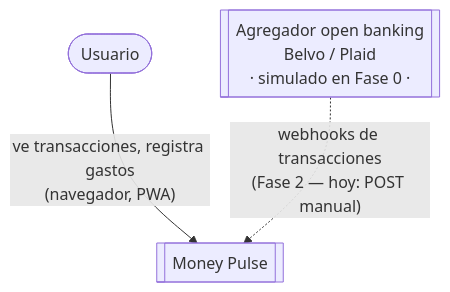
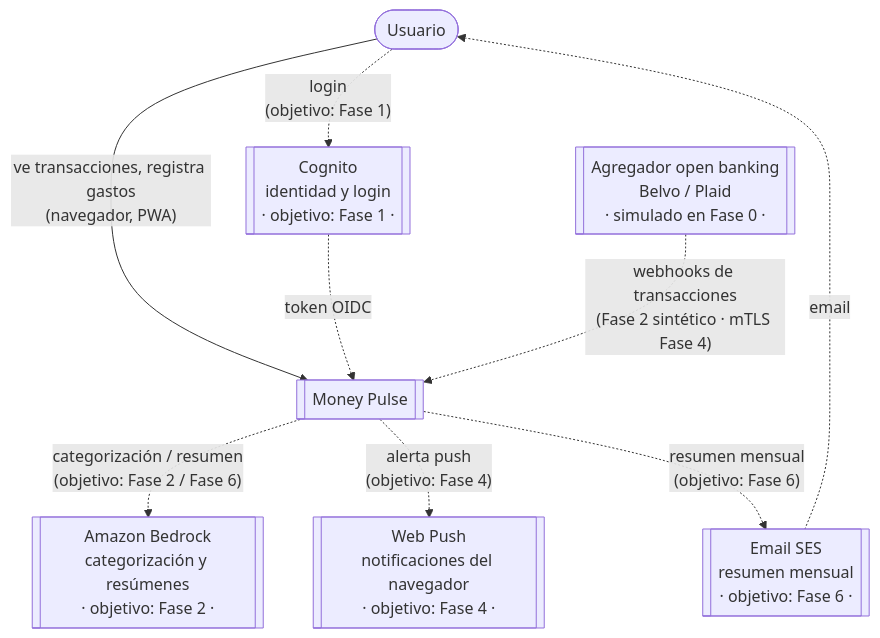
One commit to diego1-avendano3/money-pulse changed the diagram in docs/architecture/c4-context.md. Above: the diagram before and after it, drawn with Mermaid. The commit also changed other lines of this file and 6 other files, not shown here.

First line of the commit message:
docs: target architecture, Bedrock network fix and new AWS practice features

````diff
--- a/docs/architecture/c4-context.md
+++ b/docs/architecture/c4-context.md
@@ -8,9 +8,19 @@
 ```mermaid
 flowchart TB
     user([Usuario])
     moneypulse[[Money Pulse]]
     aggregator[[Agregador open banking<br/>Belvo / Plaid<br/>· simulado en Fase 0 ·]]
+    cognito[[Cognito<br/>identidad y login<br/>· objetivo: Fase 1 ·]]
+    bedrock[[Amazon Bedrock<br/>categorización y resúmenes<br/>· objetivo: Fase 2 ·]]
+    webpush[[Web Push<br/>notificaciones del navegador<br/>· objetivo: Fase 4 ·]]
+    ses[[Email SES<br/>resumen mensual<br/>· objetivo: Fase 6 ·]]
 
     user -- "ve transacciones, registra gastos<br/>(navegador, PWA)" --> moneypulse
-    aggregator -. "webhooks de transacciones<br/>(Fase 2 — hoy: POST manual)" .-> moneypulse
+    user -. "login<br/>(objetivo: Fase 1)" .-> cognito
+    cognito -. "token OIDC" .-> moneypulse
+    aggregator -. "webhooks de transacciones<br/>(Fase 2 sintético · mTLS Fase 4)" .-> moneypulse
+    moneypulse -. "categorización / resumen<br/>(objetivo: Fase 2 / Fase 6)" .-> bedrock
+    moneypulse -. "alerta push<br/>(objetivo: Fase 4)" .-> webpush
+    moneypulse -. "resumen mensual<br/>(objetivo: Fase 6)" .-> ses
+    ses -. "email" .-> user
 ```
````
